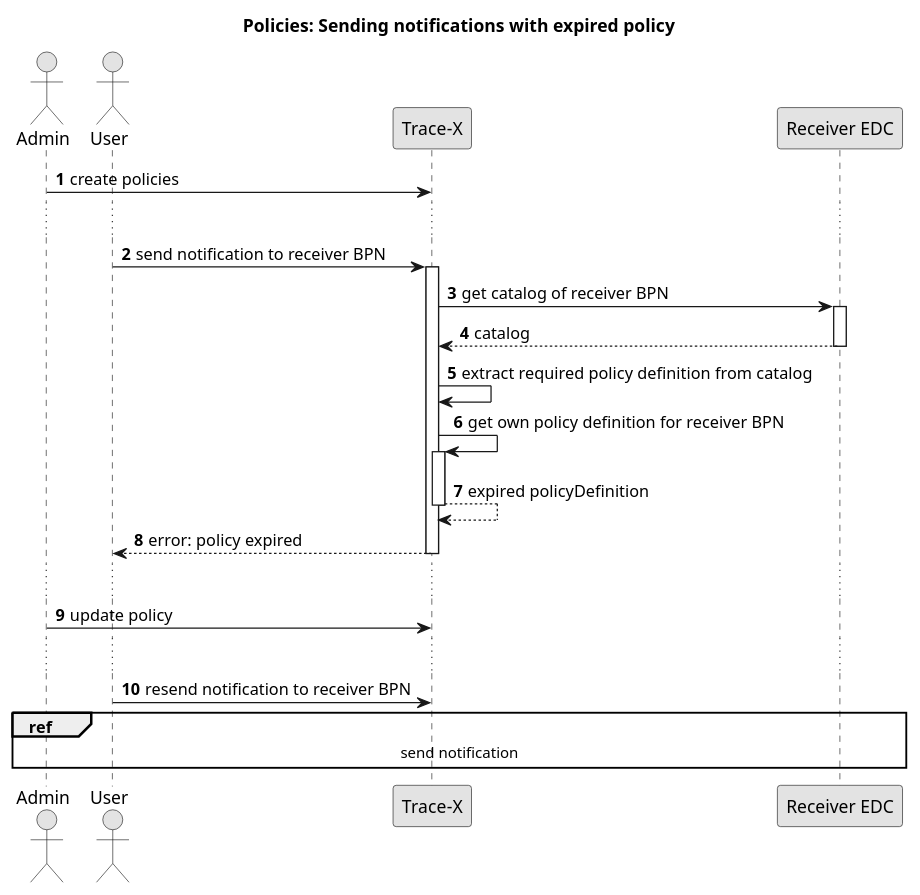
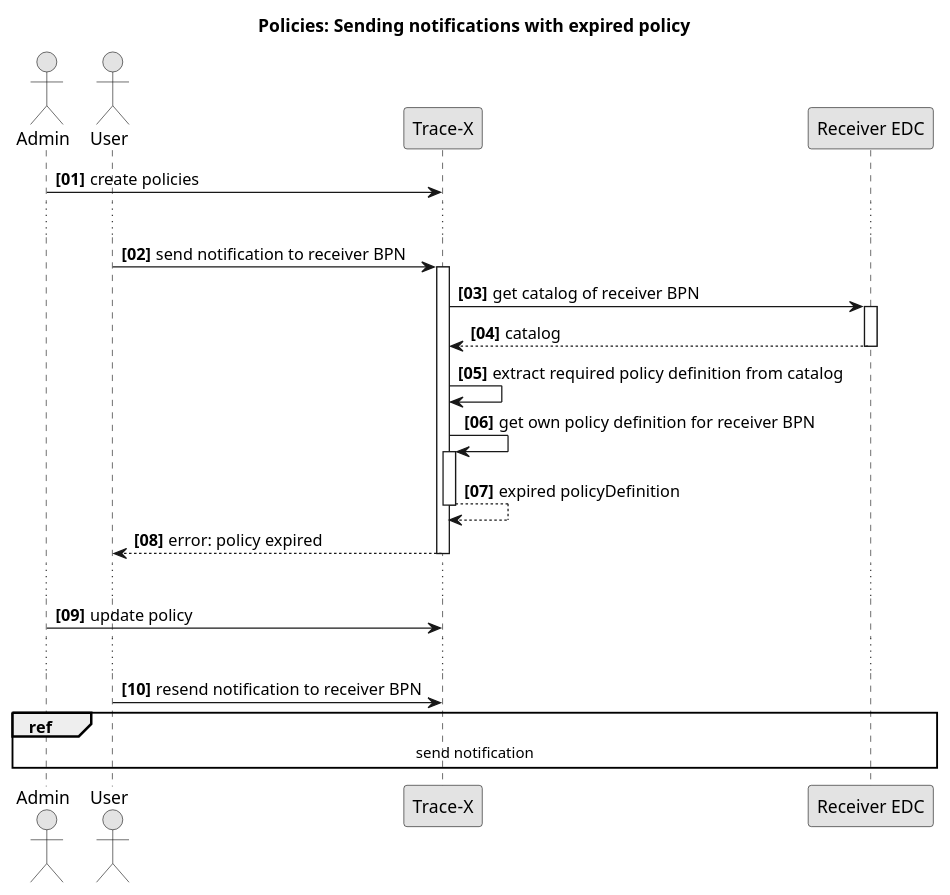
Before and after one commit to eclipse-tractusx/traceability-foss: the diagram in docs/src/uml-diagrams/arc42/runtime-view/data-sovereignty/data-sovereignty-notifications-policy-expired.puml, drawn with PlantUML. The commit also changed 2 other files, not shown here.

Commit message:
chore(sequence):[#1108] update diagram

```diff
--- a/docs/src/uml-diagrams/arc42/runtime-view/data-sovereignty/data-sovereignty-notifications-policy-expired.puml
+++ b/docs/src/uml-diagrams/arc42/runtime-view/data-sovereignty/data-sovereignty-notifications-policy-expired.puml
@@ -1,36 +1,36 @@
 @startuml
-autonumber
+autonumber "<B>[00]"
 title: Policies: Sending notifications with expired policy
 
 skinparam monochrome true
 skinparam shadowing false
 skinparam defaultFontName "Architects daughter"
 skinparam linetype ortho
 
 actor Admin
 actor User
 participant "Trace-X" as TraceX
 participant "Receiver EDC" as EDC
 
 Admin -> TraceX: create policies
 ...
 User -> TraceX: send notification to receiver BPN
 activate TraceX
 TraceX -> EDC: get catalog of receiver BPN
 activate EDC
 EDC --> TraceX: catalog
 deactivate EDC
 TraceX -> TraceX: extract required policy definition from catalog
 TraceX -> TraceX: get own policy definition for receiver BPN
 activate TraceX
 TraceX --> TraceX: expired policyDefinition
 deactivate TraceX
 TraceX --> User: error: policy expired
 deactivate TraceX
 ...
 Admin -> TraceX: update policy
 ...
 User -> TraceX: resend notification to receiver BPN
 ref over User, Admin, TraceX, EDC: send notification
 deactivate TraceX
 @enduml
```
